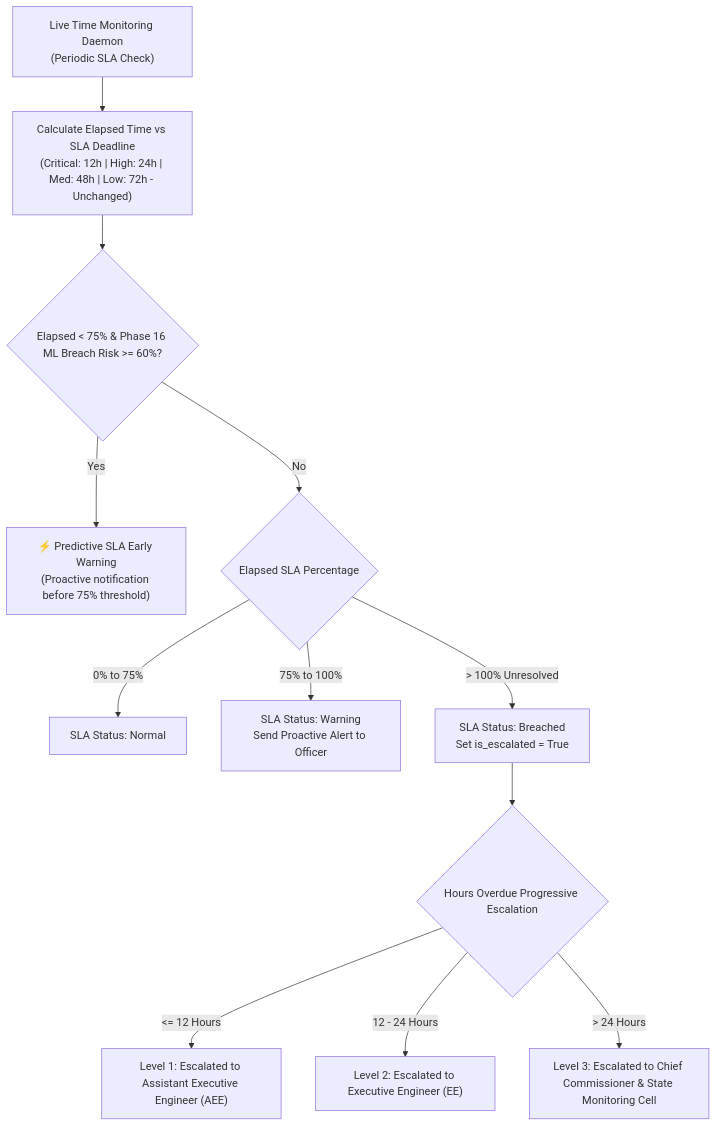
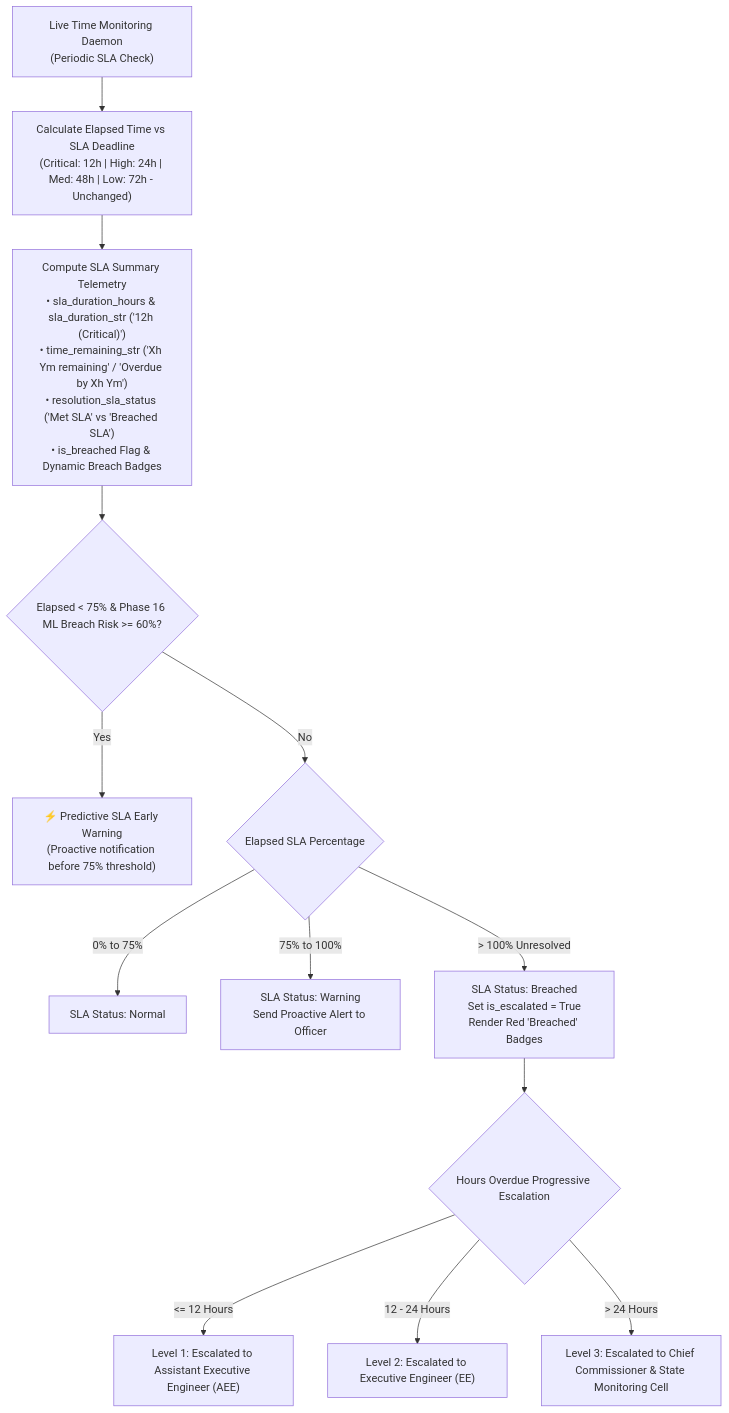
Diagram 15 of 18 in phases.md (SHRUTISINHA250714/civic), drawn with Mermaid before and after one commit. The commit also changed other lines of this file and 14 other files, not shown here.

````diff
--- a/phases.md
+++ b/phases.md
@@ -457,16 +478,17 @@
 ```mermaid
 flowchart TD
     Clock["Live Time Monitoring Daemon\n(Periodic SLA Check)"] --> Calc["Calculate Elapsed Time vs SLA Deadline\n(Critical: 12h | High: 24h | Med: 48h | Low: 72h - Unchanged)"]
-    Calc --> EarlyWarn{"Elapsed < 75% & Phase 16 ML Breach Risk >= 60%?"}
+    Calc --> Meta["Compute SLA Summary Telemetry\n• sla_duration_hours & sla_duration_str ('12h (Critical)')\n• time_remaining_str ('Xh Ym remaining' / 'Overdue by Xh Ym')\n• resolution_sla_status ('Met SLA' vs 'Breached SLA')\n• is_breached Flag & Dynamic Breach Badges"]
+    Meta --> EarlyWarn{"Elapsed < 75% & Phase 16 ML Breach Risk >= 60%?"}
     EarlyWarn -->|Yes| AlertEarly["⚡ Predictive SLA Early Warning\n(Proactive notification before 75% threshold)"]
     EarlyWarn -->|No| StateCheck{"Elapsed SLA Percentage"}
     
     StateCheck -->|0% to 75%| Norm["SLA Status: Normal"]
     StateCheck -->|75% to 100%| Warn["SLA Status: Warning\nSend Proactive Alert to Officer"]
-    StateCheck -->|> 100% Unresolved| Breach["SLA Status: Breached\nSet is_escalated = True"]
+    StateCheck -->|> 100% Unresolved| Breach["SLA Status: Breached\nSet is_escalated = True\nRender Red 'Breached' Badges"]
     
     Breach --> ProgEsc{"Hours Overdue Progressive Escalation"}
     ProgEsc -->|<= 12 Hours| L1["Level 1: Escalated to Assistant Executive Engineer (AEE)"]
     ProgEsc -->|12 - 24 Hours| L2["Level 2: Escalated to Executive Engineer (EE)"]
     ProgEsc -->|> 24 Hours| L3["Level 3: Escalated to Chief Commissioner & State Monitoring Cell"]
 ```
````
